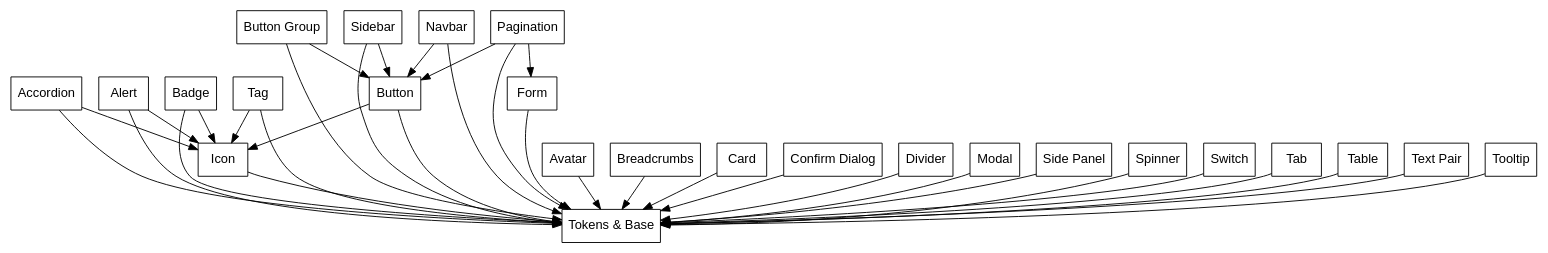
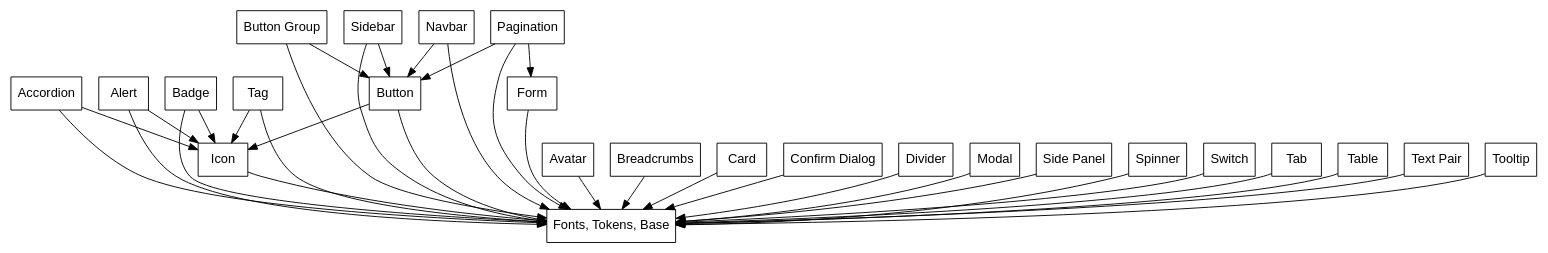
Before and after one commit to RoleModel/optics: the diagram in tools/generate-graph.dot, drawn with Graphviz. The commit also changed 48 other files, not shown here.

```diff
--- a/tools/generate-graph.dot
+++ b/tools/generate-graph.dot
@@ -1,51 +1,51 @@
 digraph dependencies {
   fontname = "Helvetica,Arial,sans-serif";
   node [fontname = "Helvetica,Arial,sans-serif";];
   edge [fontname = "Helvetica,Arial,sans-serif";];
   node [shape = box;];
-  "Tokens & Base";
+  "Fonts, Tokens, Base";
 
-  "Accordion" -> "Tokens & Base";
+  "Accordion" -> "Fonts, Tokens, Base";
   "Accordion" -> "Icon";
 
-  "Alert" -> "Tokens & Base";
+  "Alert" -> "Fonts, Tokens, Base";
   "Alert" -> "Icon";
 
-  "Badge" -> "Tokens & Base";
+  "Badge" -> "Fonts, Tokens, Base";
   "Badge" -> "Icon";
 
-  "Button" -> "Tokens & Base";
+  "Button" -> "Fonts, Tokens, Base";
   "Button" -> "Icon";
 
-  "Tag" -> "Tokens & Base";
+  "Tag" -> "Fonts, Tokens, Base";
   "Tag" -> "Icon";
 
-  "Button Group" -> "Tokens & Base";
+  "Button Group" -> "Fonts, Tokens, Base";
   "Button Group" -> "Button";
 
-  "Sidebar" -> "Tokens & Base";
+  "Sidebar" -> "Fonts, Tokens, Base";
   "Sidebar" -> "Button";
 
-  "Navbar" -> "Tokens & Base";
+  "Navbar" -> "Fonts, Tokens, Base";
   "Navbar" -> "Button";
 
   "Pagination" -> "Button";
   "Pagination" -> "Form";
-  "Pagination" -> "Tokens & Base";
+  "Pagination" -> "Fonts, Tokens, Base";
 
-  "Avatar" -> "Tokens & Base";
-  "Breadcrumbs" -> "Tokens & Base";
-  "Card" -> "Tokens & Base";
-  "Confirm Dialog" -> "Tokens & Base";
-  "Divider" -> "Tokens & Base";
-  "Form" -> "Tokens & Base";
-  "Icon" -> "Tokens & Base";
-  "Modal" -> "Tokens & Base";
-  "Side Panel" -> "Tokens & Base";
-  "Spinner" -> "Tokens & Base";
-  "Switch" -> "Tokens & Base";
-  "Tab" -> "Tokens & Base";
-  "Table" -> "Tokens & Base";
-  "Text Pair" -> "Tokens & Base";
-  "Tooltip" -> "Tokens & Base";
+  "Avatar" -> "Fonts, Tokens, Base";
+  "Breadcrumbs" -> "Fonts, Tokens, Base";
+  "Card" -> "Fonts, Tokens, Base";
+  "Confirm Dialog" -> "Fonts, Tokens, Base";
+  "Divider" -> "Fonts, Tokens, Base";
+  "Form" -> "Fonts, Tokens, Base";
+  "Icon" -> "Fonts, Tokens, Base";
+  "Modal" -> "Fonts, Tokens, Base";
+  "Side Panel" -> "Fonts, Tokens, Base";
+  "Spinner" -> "Fonts, Tokens, Base";
+  "Switch" -> "Fonts, Tokens, Base";
+  "Tab" -> "Fonts, Tokens, Base";
+  "Table" -> "Fonts, Tokens, Base";
+  "Text Pair" -> "Fonts, Tokens, Base";
+  "Tooltip" -> "Fonts, Tokens, Base";
 }
```
